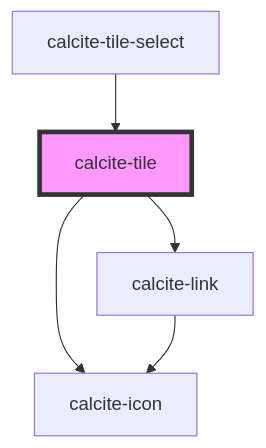
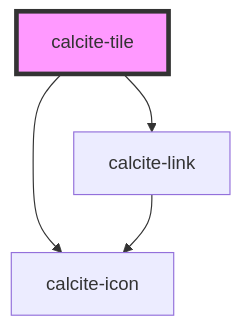
Before and after one commit to vikivakarvc/calcite-design-system: the diagram in packages/calcite-components/src/components/tile/readme.md, drawn with Mermaid. The commit also changed other lines of this file and 64 other files, not shown here.

````diff
--- a/packages/calcite-components/src/components/tile/readme.md
+++ b/packages/calcite-components/src/components/tile/readme.md
@@ -52,8 +48,7 @@
 ```mermaid
 graph TD;
   calcite-tile --> calcite-icon
   calcite-tile --> calcite-link
   calcite-link --> calcite-icon
-  calcite-tile-select --> calcite-tile
   style calcite-tile fill:#f9f,stroke:#333,stroke-width:4px
 ```
````
